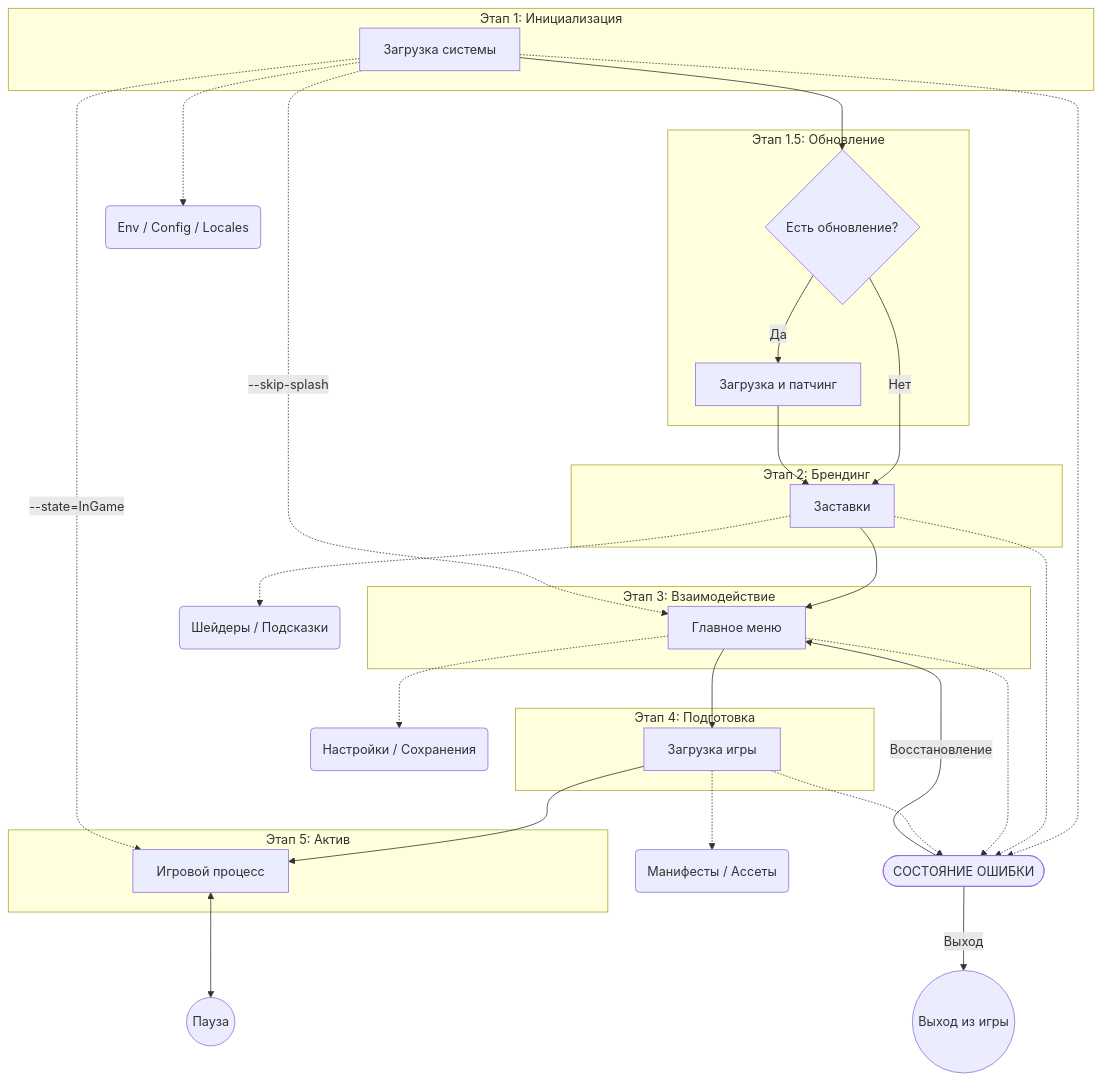
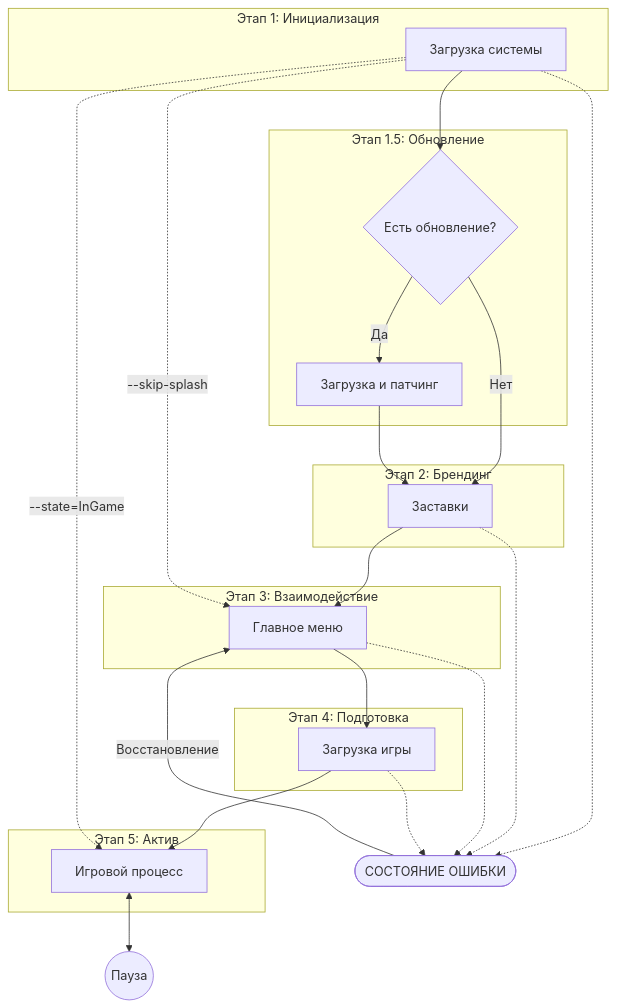
The diagram in docs/architecture.md (teratron/bevy-launchpad), drawn with Mermaid before and after one commit. The commit also changed other lines of this file and 1 other file, not shown here.

Commit message:
feat: Add workflow for architectural discussion and documentation, and create initial architecture document.

````diff
--- a/docs/architecture.md
+++ b/docs/architecture.md
@@ -64,48 +94,39 @@
 ```mermaid
 graph TD
     subgraph S1 [Этап 1: Инициализация]
         Booting[Загрузка системы]
     end
     subgraph S1_5 [Этап 1.5: Обновление]
         UpdateCheck{Есть обновление?}
         Patcher[Загрузка и патчинг]
     end
     subgraph S2 [Этап 2: Брендинг]
         Splash[Заставки]
     end
     subgraph S3 [Этап 3: Взаимодействие]
         MainMenu[Главное меню]
     end
     subgraph S4 [Этап 4: Подготовка]
         Loading[Загрузка игры]
     end
     subgraph S5 [Этап 5: Актив]
         InGame[Игровой процесс]
     end
 
-    %% Стандартный поток
+    %% Потоки
     Booting --> UpdateCheck
     UpdateCheck -- "Нет" --> Splash
     UpdateCheck -- "Да" --> Patcher
     Patcher --> Splash
     Splash --> MainMenu
     MainMenu --> Loading
     Loading --> InGame
     
-    %% Dev Backdoor (Пропуск через CLI)
+    %% Dev Backdoor
     Booting -.->|"--skip-splash"| MainMenu
     Booting -.->|"--state=InGame"| InGame
     
-    %% Фоновые процессы
-    Booting -.-> B_Init(Env / Config / Locales)
-    Splash -.-> S_Pre(Шейдеры / Подсказки)
-    MainMenu -.-> M_Opt(Настройки / Сохранения)
-    Loading -.-> L_Ast(Манифесты / Ассеты)
-    
     InGame <--> Paused((Пауза))
-    
-    %% Ошибки и восстановление
     Booting & Splash & MainMenu & Loading -.-> Error([СОСТОЯНИЕ ОШИБКИ])
     Error -->|Восстановление| MainMenu
-    Error -->|Выход| Exit((Выход из игры))
 ```
````
